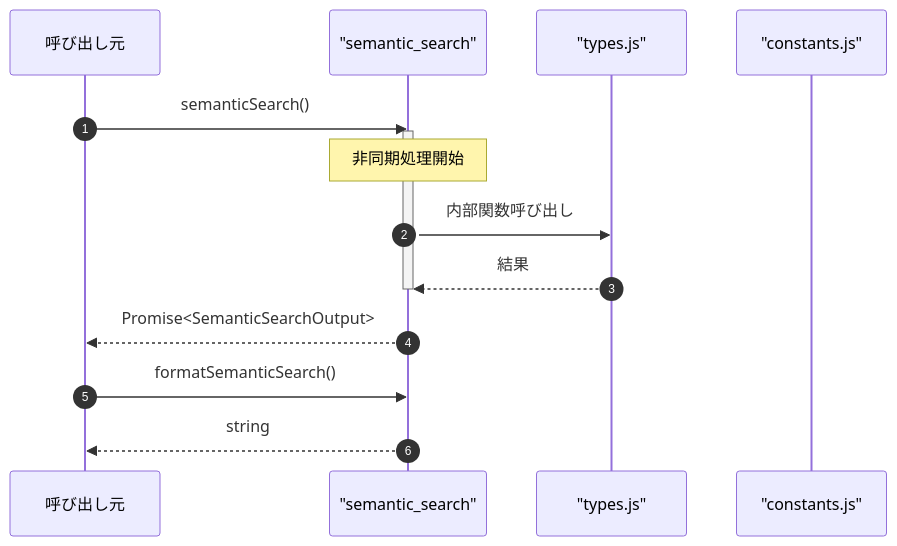
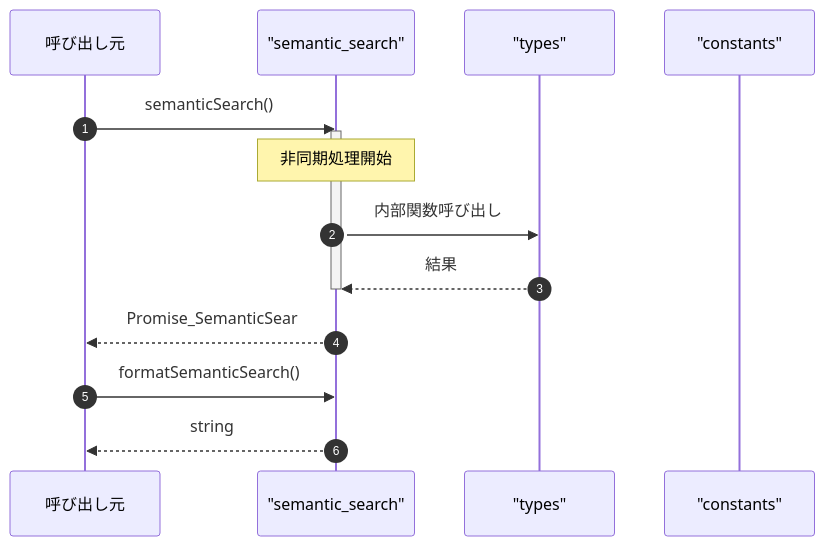
One commit to Mekann2904/mekann changed the third of 3 diagrams in ABDD/.pi/extensions/search/tools/semantic_search.md. Above: the diagram before and after it, drawn with Mermaid. The commit also changed other lines of this file and 174 other files, not shown here.

First line of the commit message:
fix(docs): ABDDのMermaid図生成エラーを修正する

````diff
--- a/ABDD/.pi/extensions/search/tools/semantic_search.md
+++ b/ABDD/.pi/extensions/search/tools/semantic_search.md
@@ -61,19 +61,19 @@
 ```mermaid
 sequenceDiagram
   autonumber
   participant Caller as 呼び出し元
   participant semantic_search as "semantic_search"
-  participant types_js as "types.js"
-  participant constants_js as "constants.js"
+  participant types as "types"
+  participant constants as "constants"
 
   Caller->>semantic_search: semanticSearch()
   activate semantic_search
   Note over semantic_search: 非同期処理開始
-  semantic_search->>types_js: 内部関数呼び出し
-  types_js-->>semantic_search: 結果
+  semantic_search->>types: 内部関数呼び出し
+  types-->>semantic_search: 結果
   deactivate semantic_search
-  semantic_search-->>Caller: Promise<SemanticSearchOutput>
+  semantic_search-->>Caller: Promise_SemanticSear
 
   Caller->>semantic_search: formatSemanticSearch()
   semantic_search-->>Caller: string
 ```
````
